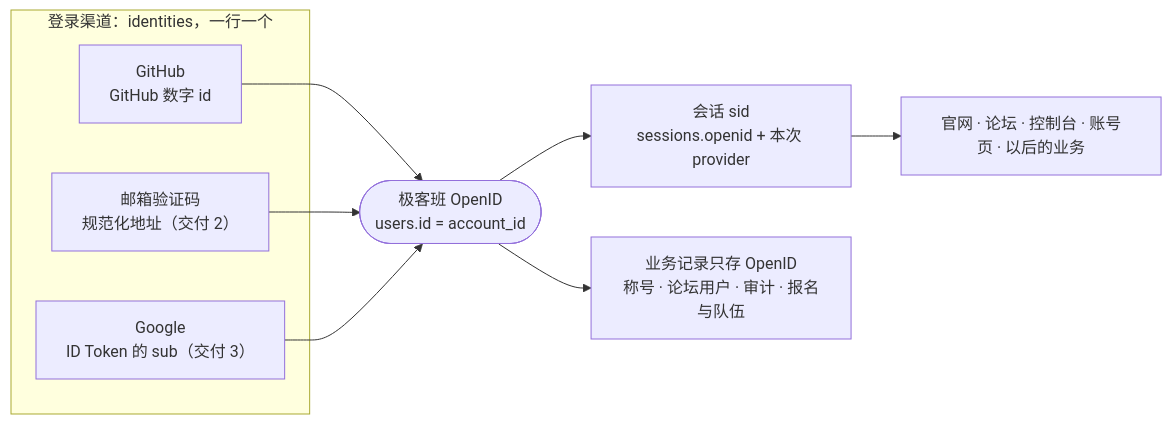
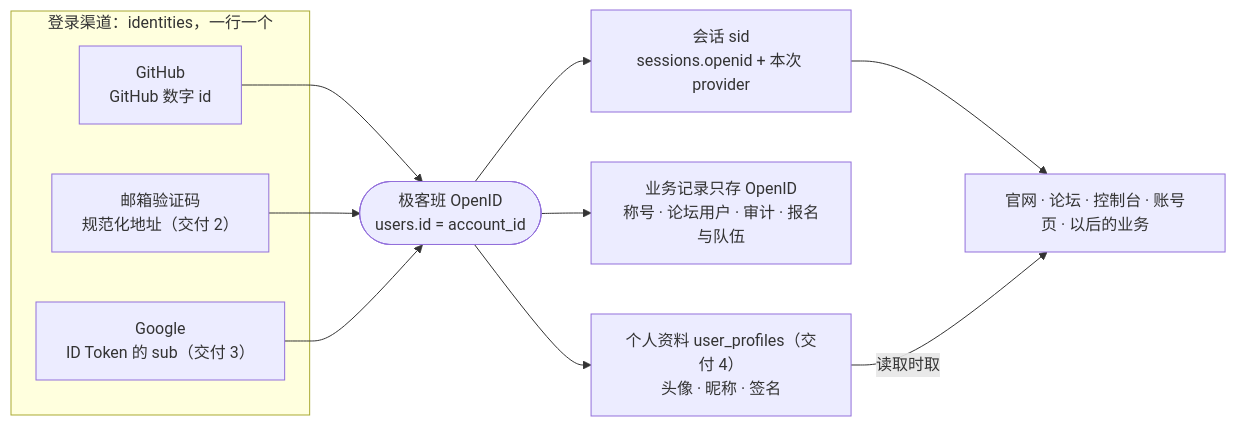
One commit to Doulor/admin changed the diagram in docs/plan/UNIFIED-LOGIN.md. Above: the diagram before and after it, drawn with Mermaid. The commit also changed other lines of this file and 8 other files, not shown here.

````diff
--- a/docs/plan/UNIFIED-LOGIN.md
+++ b/docs/plan/UNIFIED-LOGIN.md
@@ -133,15 +152,17 @@
 ```mermaid
 flowchart LR
   subgraph ch["登录渠道：identities，一行一个"]
     gh["GitHub<br/>GitHub 数字 id"]
     em["邮箱验证码<br/>规范化地址（交付 2）"]
     gg["Google<br/>ID Token 的 sub（交付 3）"]
   end
   oid(["极客班 OpenID<br/>users.id = account_id"])
   gh --> oid
   em --> oid
   gg --> oid
   oid --> sid["会话 sid<br/>sessions.openid + 本次 provider"]
   sid --> apps["官网 · 论坛 · 控制台 · 账号页 · 以后的业务"]
   oid --> rec["业务记录只存 OpenID<br/>称号 · 论坛用户 · 审计 · 报名与队伍"]
+  oid --> prof["个人资料 user_profiles（交付 4）<br/>头像 · 昵称 · 签名"]
+  prof -->|读取时取| apps
 ```
````
